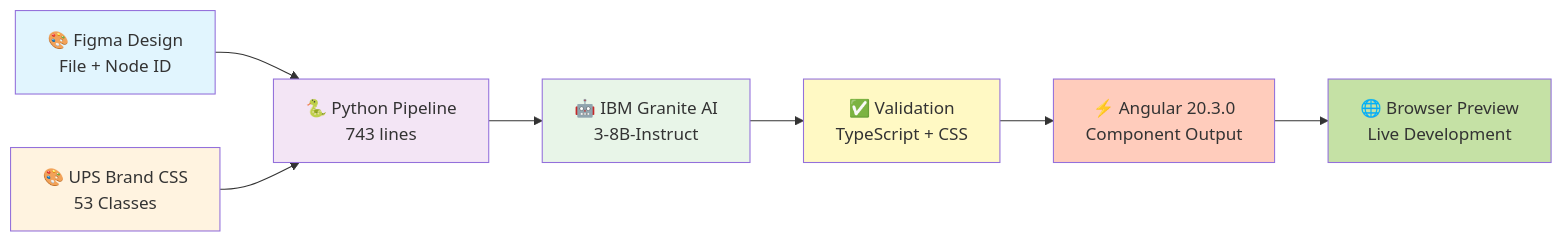
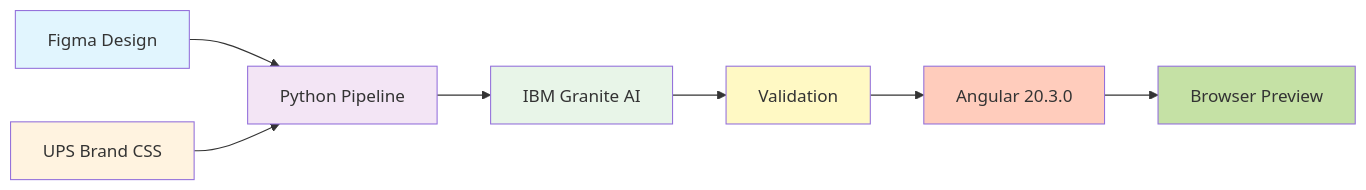
Before and after one commit to jainshauryaups/FIGMA-UX-TO-UI-CODE-GENERATOR: the first of 4 diagrams in README.md, drawn with Mermaid. The commit also changed other lines of this file and 2 other files, not shown here.

Commit message:
Simplify Mermaid diagrams for GitHub compatibility - remove line breaks and complex labels

````diff
--- a/README.md
+++ b/README.md
@@ -63,17 +63,17 @@
 ```mermaid
 graph LR
-    A[🎨 Figma Design<br/>File + Node ID] --> B[🐍 Python Pipeline<br/>743 lines]
-    C[🎨 UPS Brand CSS<br/>53 Classes] --> B
-    B --> D[🤖 IBM Granite AI<br/>3-8B-Instruct]
-    D --> E[✅ Validation<br/>TypeScript + CSS]
-    E --> F[⚡ Angular 20.3.0<br/>Component Output]
-    F --> G[🌐 Browser Preview<br/>Live Development]
+    A[Figma Design] --> B[Python Pipeline]
+    C[UPS Brand CSS] --> B
+    B --> D[IBM Granite AI]
+    D --> E[Validation]
+    E --> F[Angular 20.3.0]
+    F --> G[Browser Preview]
     
     style A fill:#e1f5fe
     style C fill:#fff3e0
     style B fill:#f3e5f5
     style D fill:#e8f5e8
     style E fill:#fff9c4
     style F fill:#ffccbc
     style G fill:#c5e1a5
 ```
````
